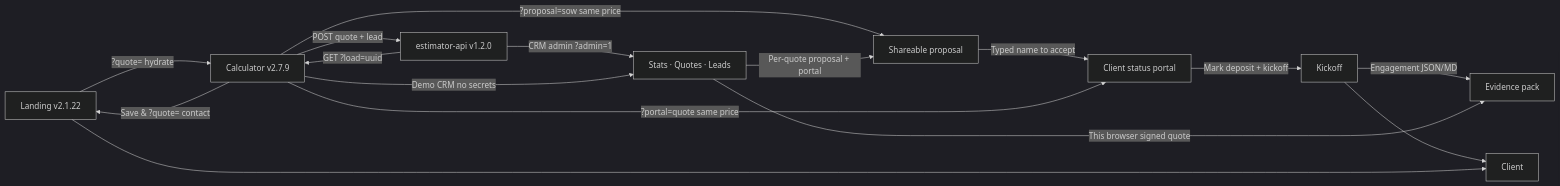
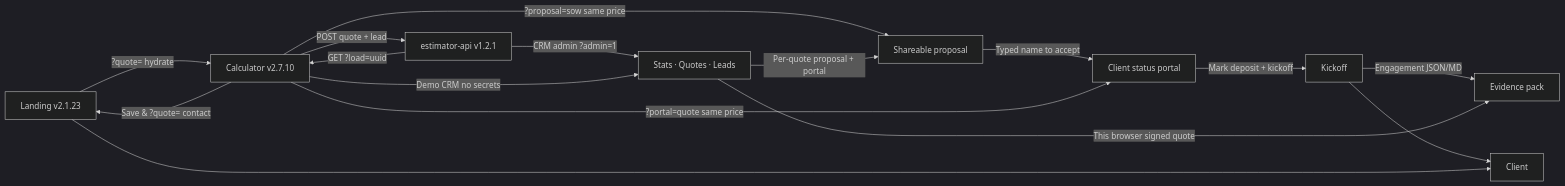
Before and after one commit to pixellayer7-jpg/pixellayer7-jpg: the diagram in README.md, drawn with Mermaid (dark theme). The commit also changed other lines of this file and 4 other files, not shown here.

Commit message:
Sync docs: coverage gates (Landing v2.1.23, Calculator v2.7.10, API v1.2.1)

````diff
--- a/README.md
+++ b/README.md
@@ -21,18 +21,18 @@
 ```mermaid
 flowchart LR
-  A[Landing v2.1.22] -->|?quote= hydrate| B[Calculator v2.7.9]
+  A[Landing v2.1.23] -->|?quote= hydrate| B[Calculator v2.7.10]
   B -->|Save & ?quote= contact| A
   B -->|?proposal=sow same price| R[Shareable proposal]
   R -->|Typed name to accept| P[Client status portal]
   P -->|Mark deposit + kickoff| K[Kickoff]
   K -->|Engagement JSON/MD| X[Evidence pack]
   B -->|?portal=quote same price| P
-  B -->|POST quote + lead| D[estimator-api v1.2.0]
+  B -->|POST quote + lead| D[estimator-api v1.2.1]
   D -->|CRM admin ?admin=1| E[Stats · Quotes · Leads]
   B -->|Demo CRM no secrets| E
   E -->|This browser signed quote| X
   E -->|Per-quote proposal + portal| R
   K --> F[Client]
   D -->|GET ?load=uuid| B
   A --> F[Client]
 ```
````
